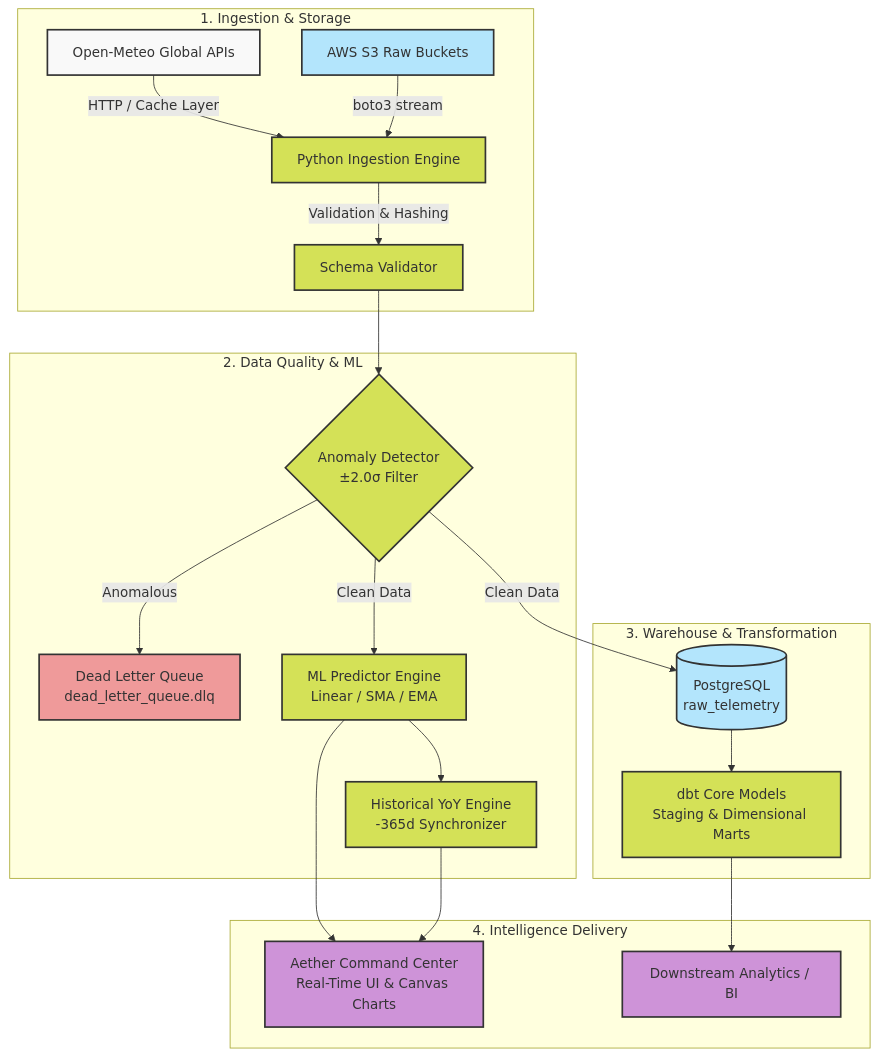
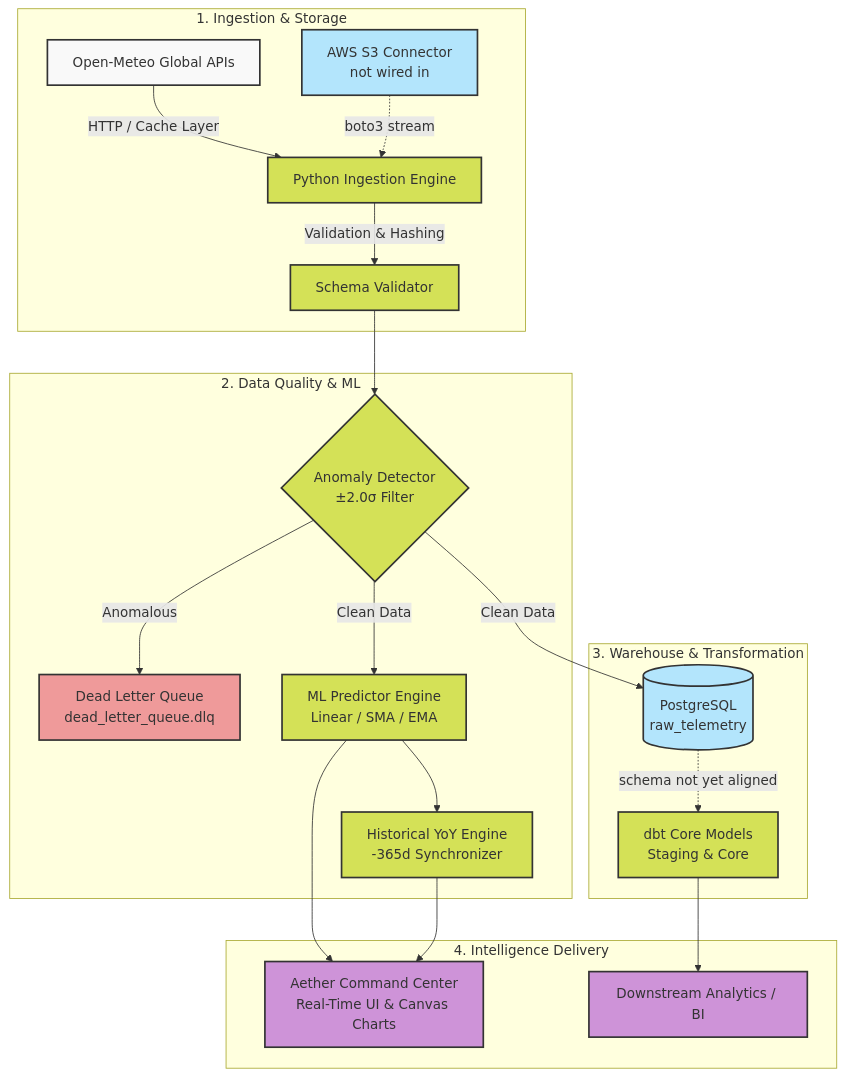
Before and after one commit to miladgk/aether-climate-engine: the diagram in README.md, drawn with Mermaid. The commit also changed other lines of this file, not shown here.

````diff
--- a/README.md
+++ b/README.md
@@ -44,38 +47,38 @@
 ```mermaid
 flowchart TD
     subgraph Ingestion ["1. Ingestion & Storage"]
         API[Open-Meteo Global APIs] -->|HTTP / Cache Layer| ETL[Python Ingestion Engine]
-        S3[AWS S3 Raw Buckets] -->|boto3 stream| ETL
+        S3[AWS S3 Connector<br/>not wired in] -.->|boto3 stream| ETL
         ETL -->|Validation & Hashing| VAL[Schema Validator]
     end
 
     subgraph Processing ["2. Data Quality & ML"]
         VAL --> AD{Anomaly Detector<br/>±2.0σ Filter}
         AD -->|Anomalous| DLQ[Dead Letter Queue<br/>dead_letter_queue.dlq]
         AD -->|Clean Data| ML[ML Predictor Engine<br/>Linear / SMA / EMA]
         ML --> ARCHIVE[Historical YoY Engine<br/>-365d Synchronizer]
     end
 
     subgraph Warehouse ["3. Warehouse & Transformation"]
         AD -->|Clean Data| PG[(PostgreSQL<br/>raw_telemetry)]
-        PG --> DBT[dbt Core Models<br/>Staging & Dimensional Marts]
+        PG -.->|schema not yet aligned| DBT[dbt Core Models<br/>Staging & Core]
     end
 
     subgraph Visualization ["4. Intelligence Delivery"]
         ML --> DASH[Aether Command Center<br/>Real-Time UI & Canvas Charts]
         ARCHIVE --> DASH
         DBT --> BI[Downstream Analytics / BI]
     end
 
     classDef default fill:#f9f9f9,stroke:#333,stroke-width:2px,color:#333;
     classDef storage fill:#f9d0c4,stroke:#333,stroke-width:2px,color:#333;
     classDef process fill:#d4e157,stroke:#333,stroke-width:2px,color:#333;
     classDef error fill:#ef9a9a,stroke:#333,stroke-width:2px,color:#333;
     classDef database fill:#b3e5fc,stroke:#333,stroke-width:2px,color:#333;
     classDef dashboard fill:#ce93d8,stroke:#333,stroke-width:2px,color:#333;
 
     class S3,PG database;
     class ETL,VAL,AD,ML,ARCHIVE,DBT process;
     class DLQ error;
     class DASH,BI dashboard;
 ```
````
